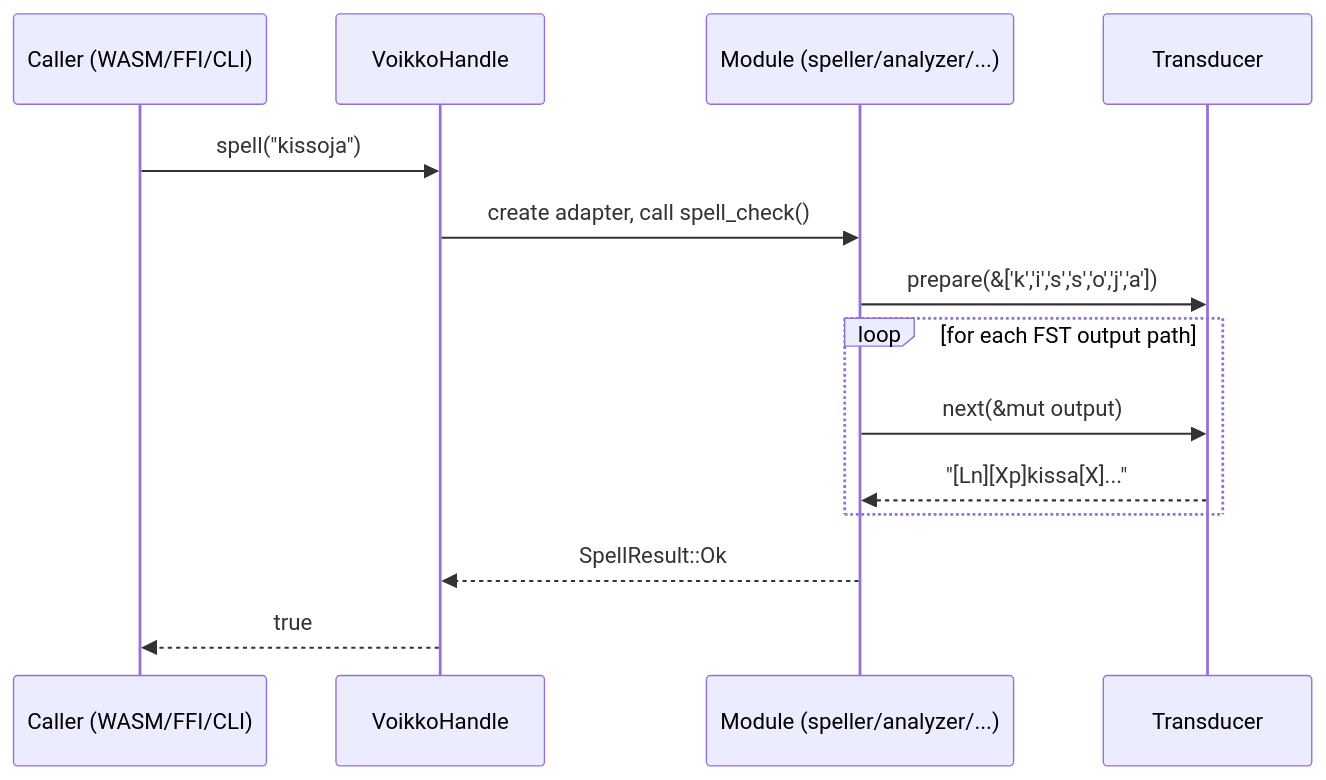
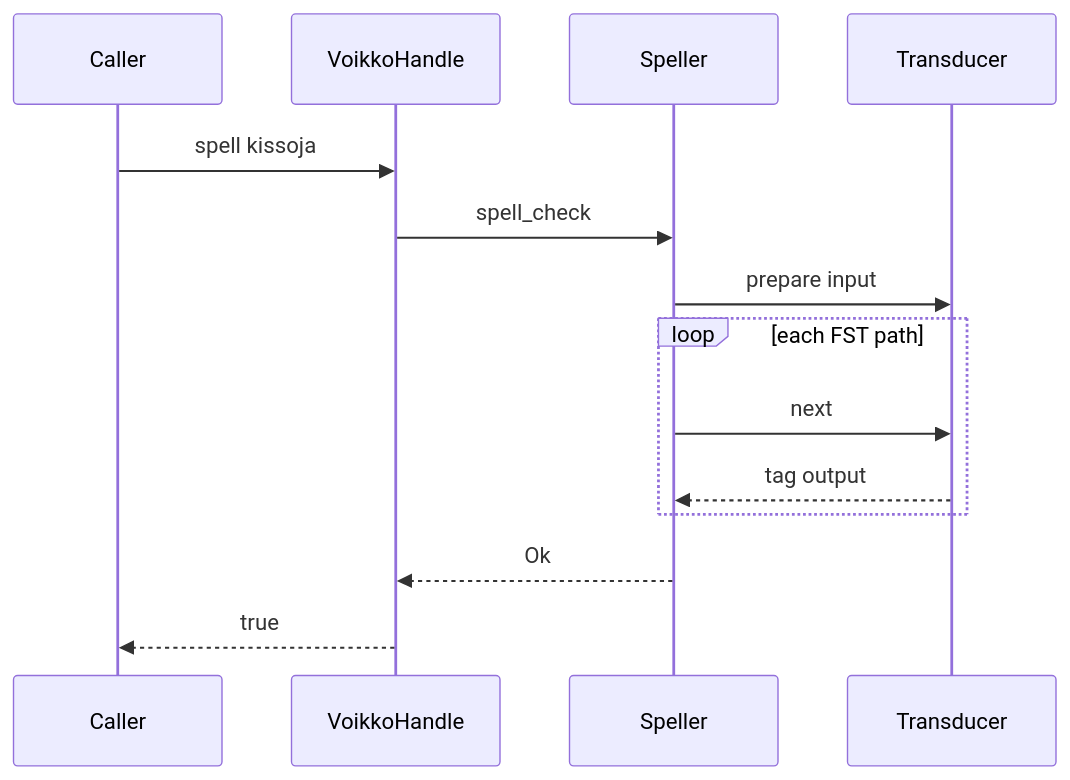
Before and after one commit to yongsk0066/corevoikko: the second of 2 diagrams in libvoikko/rust/ARCHITECTURE.md, drawn with Mermaid. The commit also changed other lines of this file and 10 other files, not shown here.

````diff
--- a/libvoikko/rust/ARCHITECTURE.md
+++ b/libvoikko/rust/ARCHITECTURE.md
@@ -49,17 +42,17 @@
 ```mermaid
 sequenceDiagram
-    participant Caller as Caller (WASM/FFI/CLI)
+    participant Caller
     participant Handle as VoikkoHandle
-    participant Module as Module (speller/analyzer/...)
+    participant Module as Speller
     participant FST as Transducer
 
-    Caller->>Handle: spell("kissoja")
-    Handle->>Module: create adapter, call spell_check()
-    Module->>FST: prepare(&['k','i','s','s','o','j','a'])
-    loop for each FST output path
-        Module->>FST: next(&mut output)
-        FST-->>Module: "[Ln][Xp]kissa[X]..."
+    Caller->>Handle: spell kissoja
+    Handle->>Module: spell_check
+    Module->>FST: prepare input
+    loop each FST path
+        Module->>FST: next
+        FST-->>Module: tag output
     end
-    Module-->>Handle: SpellResult::Ok
+    Module-->>Handle: Ok
     Handle-->>Caller: true
 ```
````
